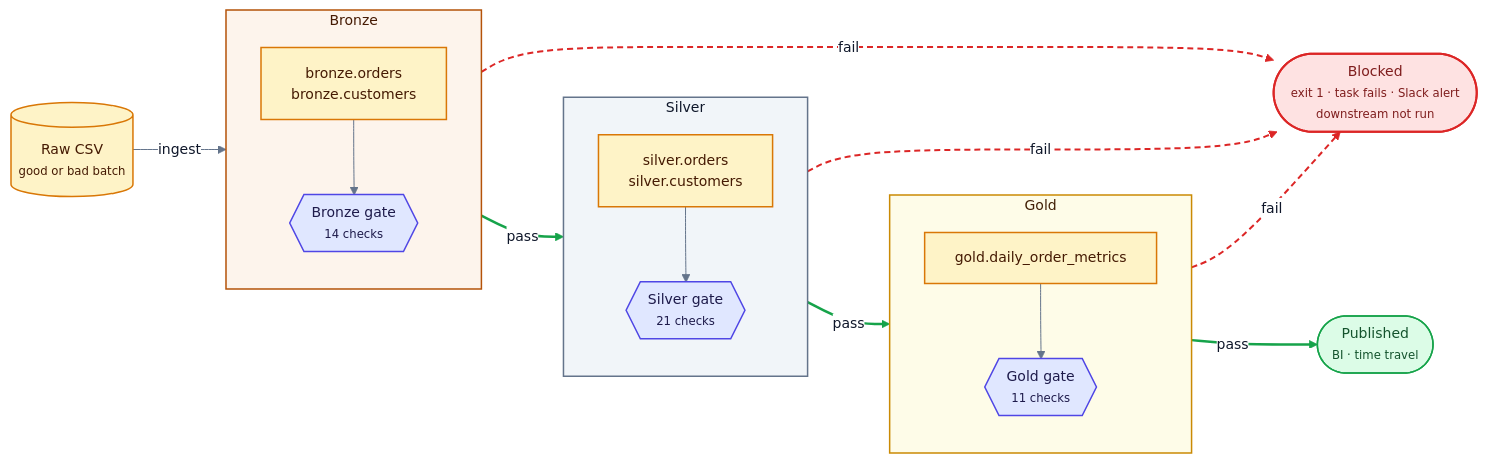
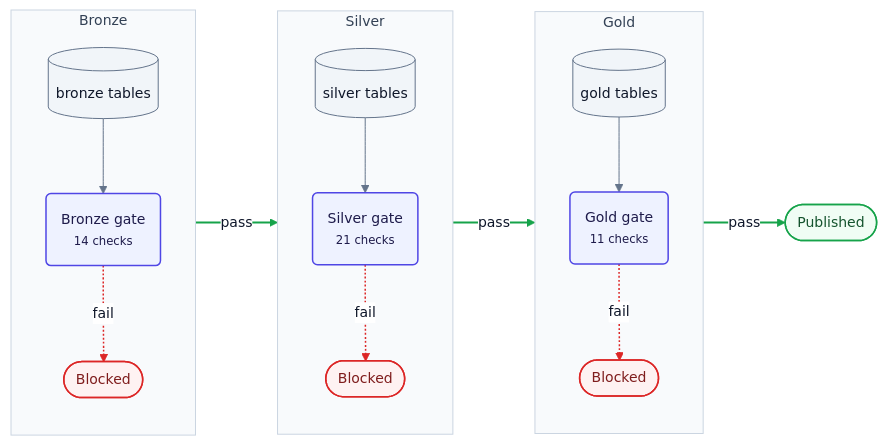
The third of 4 diagrams in README.md (santoshshinde2012/lakehouse-quality-gates), drawn with Mermaid before and after one commit. The commit also changed other lines of this file and 21 other files, not shown here.

Commit message:
docs: professional system architecture diagram

````diff
--- a/README.md
+++ b/README.md
@@ -152,46 +192,43 @@
 ```mermaid
-%%{init: {'theme':'base','themeVariables':{'fontFamily':'Inter, system-ui, -apple-system, Segoe UI, Helvetica, Arial, sans-serif','fontSize':'14px','primaryColor':'#eef2ff','primaryTextColor':'#0f172a','primaryBorderColor':'#6366f1','secondaryColor':'#f1f5f9','secondaryTextColor':'#0f172a','secondaryBorderColor':'#94a3b8','tertiaryColor':'#f8fafc','tertiaryTextColor':'#0f172a','tertiaryBorderColor':'#cbd5e1','lineColor':'#64748b','textColor':'#0f172a','nodeTextColor':'#0f172a','titleColor':'#0f172a','clusterBkg':'#f8fafc','clusterBorder':'#94a3b8','edgeLabelBackground':'#ffffff','noteBkgColor':'#fef9c3','noteTextColor':'#422006','noteBorderColor':'#ca8a04','actorBkg':'#eef2ff','actorBorder':'#6366f1','actorTextColor':'#1e1b4b','actorLineColor':'#94a3b8','signalColor':'#334155','signalTextColor':'#0f172a','labelBoxBkgColor':'#eef2ff','labelBoxBorderColor':'#6366f1','labelTextColor':'#1e1b4b','loopTextColor':'#1e1b4b','activationBkgColor':'#e0e7ff','activationBorderColor':'#4f46e5','sequenceNumberColor':'#ffffff','classText':'#0f172a'}}}%%
+%%{init: {'theme':'base','themeVariables':{'fontFamily':'Inter, system-ui, -apple-system, Segoe UI, Helvetica, Arial, sans-serif','fontSize':'14px','primaryColor':'#ffffff','primaryTextColor':'#0f172a','primaryBorderColor':'#94a3b8','secondaryColor':'#f8fafc','tertiaryColor':'#f8fafc','lineColor':'#64748b','textColor':'#0f172a','clusterBkg':'#f8fafc','clusterBorder':'#cbd5e1','titleColor':'#334155','edgeLabelBackground':'#ffffff','noteBkgColor':'#f8fafc','noteTextColor':'#0f172a','noteBorderColor':'#cbd5e1','actorBkg':'#ffffff','actorBorder':'#94a3b8','actorTextColor':'#0f172a','actorLineColor':'#94a3b8','signalColor':'#475569','signalTextColor':'#0f172a','labelBoxBkgColor':'#f8fafc','labelBoxBorderColor':'#94a3b8','labelTextColor':'#0f172a','loopTextColor':'#0f172a','activationBkgColor':'#eef2ff','activationBorderColor':'#4f46e5','sequenceNumberColor':'#ffffff','classText':'#0f172a'}}}%%
 flowchart LR
-  SRC[("Raw CSV<br/><small>good or bad batch</small>")]:::platform
   subgraph BRZ["Bronze"]
     direction TB
-    B["bronze.orders<br/>bronze.customers"]:::platform
-    GB{{"Bronze gate<br/><small>14 checks</small>"}}:::app
+    B[("bronze tables")]:::store
+    GB("Bronze gate<br/><small>14 checks</small>"):::ours
+    X1(["Blocked"]):::blocked
+    B --> GB
+    GB -. fail .-> X1
   end
   subgraph SLV["Silver"]
     direction TB
-    S["silver.orders<br/>silver.customers"]:::platform
-    GS{{"Silver gate<br/><small>21 checks</small>"}}:::app
+    S[("silver tables")]:::store
+    GS("Silver gate<br/><small>21 checks</small>"):::ours
+    X2(["Blocked"]):::blocked
+    S --> GS
+    GS -. fail .-> X2
   end
   subgraph GLD["Gold"]
     direction TB
-    G["gold.daily_order_metrics"]:::platform
-    GG{{"Gold gate<br/><small>11 checks</small>"}}:::app
+    G[("gold tables")]:::store
+    GG("Gold gate<br/><small>11 checks</small>"):::ours
+    X3(["Blocked"]):::blocked
+    G --> GG
+    GG -. fail .-> X3
   end
-  OK(["Published<br/><small>BI · time travel</small>"]):::pass
-  X(["Blocked<br/><small>exit 1 · task fails · Slack alert<br/>downstream not run</small>"]):::fail
-  SRC -->|ingest| B
-  B --> GB
-  GB -->|pass| S
-  S --> GS
-  GS -->|pass| G
-  G --> GG
-  GG -->|pass| OK
-  GB -->|fail| X
-  GS -->|fail| X
-  GG -->|fail| X
-  classDef entry fill:#e0f2fe,stroke:#0284c7,stroke-width:1.5px,color:#0c4a6e
-  classDef root fill:#e2e8f0,stroke:#475569,stroke-width:1.5px,color:#0f172a
-  classDef app fill:#e0e7ff,stroke:#4f46e5,stroke-width:1.5px,color:#1e1b4b
-  classDef domain fill:#ede9fe,stroke:#7c3aed,stroke-width:1.5px,color:#2e1065
-  classDef adapter fill:#ccfbf1,stroke:#0d9488,stroke-width:1.5px,color:#134e4a
-  classDef platform fill:#fef3c7,stroke:#d97706,stroke-width:1.5px,color:#451a03
-  classDef xcut fill:#f1f5f9,stroke:#64748b,stroke-width:1.5px,stroke-dasharray:4 3,color:#1e293b
-  classDef pass fill:#dcfce7,stroke:#16a34a,stroke-width:1.5px,color:#14532d
-  classDef fail fill:#fee2e2,stroke:#dc2626,stroke-width:2px,color:#7f1d1d
-  style BRZ fill:#fdf4ec,stroke:#b45309,stroke-width:1.5px,color:#451a03
-  style SLV fill:#f1f5f9,stroke:#64748b,stroke-width:1.5px,color:#0f172a
-  style GLD fill:#fefce8,stroke:#ca8a04,stroke-width:1.5px,color:#422006
-  linkStyle 2,4,6 stroke:#16a34a,stroke-width:2.5px
-  linkStyle 7,8,9 stroke:#dc2626,stroke-width:2px,stroke-dasharray:6 4
+  OK(["Published"]):::pass
+  BRZ -->|pass| SLV
+  SLV -->|pass| GLD
+  GLD -->|pass| OK
+  classDef node fill:#ffffff,stroke:#94a3b8,stroke-width:1px,color:#0f172a
+  classDef store fill:#f1f5f9,stroke:#64748b,stroke-width:1px,color:#0f172a
+  classDef ours fill:#eef2ff,stroke:#4f46e5,stroke-width:1.5px,color:#1e1b4b
+  classDef actor fill:#ffffff,stroke:#64748b,stroke-width:1px,color:#0f172a
+  classDef blocked fill:#fef2f2,stroke:#dc2626,stroke-width:1.5px,color:#7f1d1d
+  classDef pass fill:#f0fdf4,stroke:#16a34a,stroke-width:1.5px,color:#14532d
+  style BRZ fill:#f8fafc,stroke:#cbd5e1,stroke-width:1px,color:#334155
+  style SLV fill:#f8fafc,stroke:#cbd5e1,stroke-width:1px,color:#334155
+  style GLD fill:#f8fafc,stroke:#cbd5e1,stroke-width:1px,color:#334155
+  linkStyle 1,3,5 stroke:#dc2626,stroke-width:1.5px
+  linkStyle 6,7,8 stroke:#16a34a,stroke-width:2px
 ```
````
